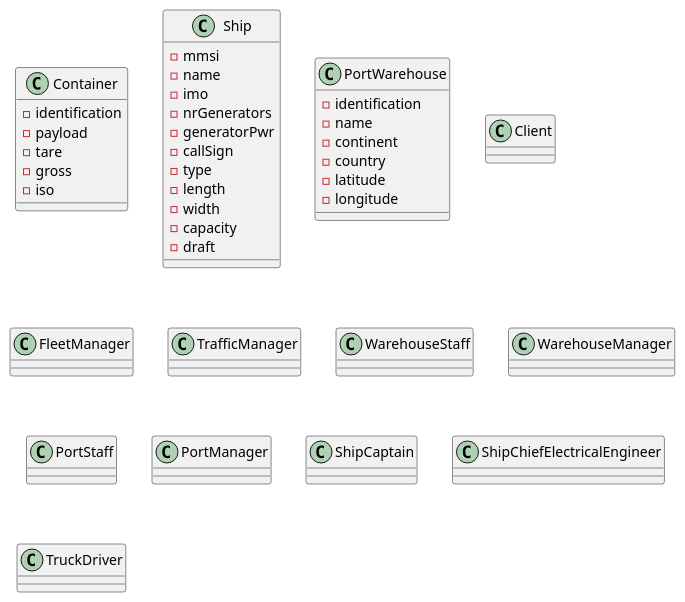
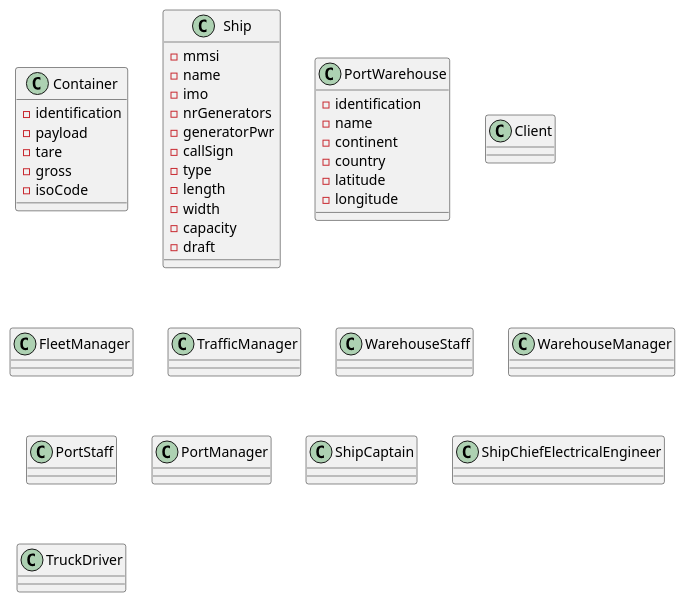
The diagram in docs/Sprint1/Domain Model.puml (mpoboas/lapr3-2021-g102), drawn with PlantUML before and after one commit.

Commit message:
#start Domain Model (last commit msg wrong)

```diff
--- a/docs/Sprint1/Domain Model.puml
+++ b/docs/Sprint1/Domain Model.puml
@@ -1,47 +1,47 @@
 @startuml
 'https://plantuml.com/class-diagram
 
 class Container{
 -identification
 -payload
 -tare
 -gross
--iso
+-isoCode
 
 }
 
 class Ship{
 -mmsi
 -name
 -imo
 -nrGenerators
 -generatorPwr
 -callSign
 -type
 -length
 -width
 -capacity
 -draft
 }
 
 class PortWarehouse{
 -identification
 -name
 -continent
 -country
 -latitude
 -longitude
 }
 
 class Client
 class FleetManager
 class TrafficManager
 class WarehouseStaff
 class WarehouseManager
 class PortStaff
 class PortManager
 class ShipCaptain
 class ShipChiefElectricalEngineer
 class TruckDriver
 
 @enduml
```
